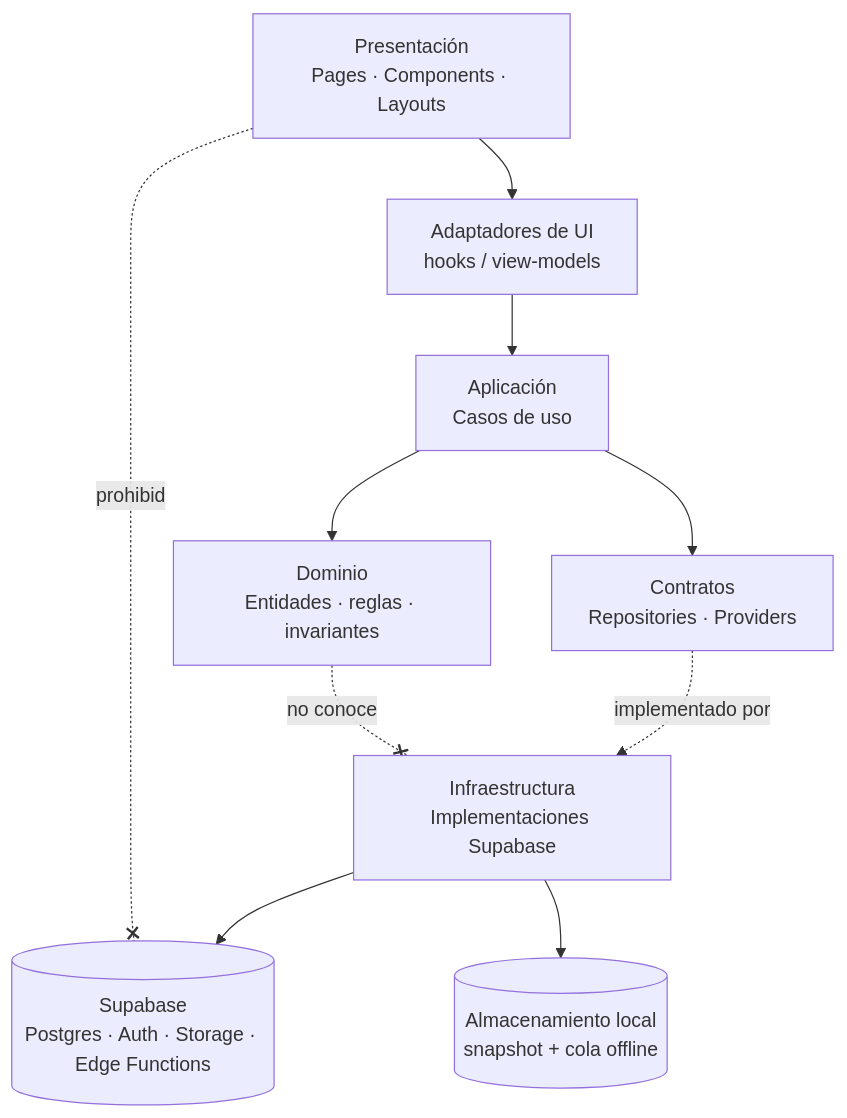
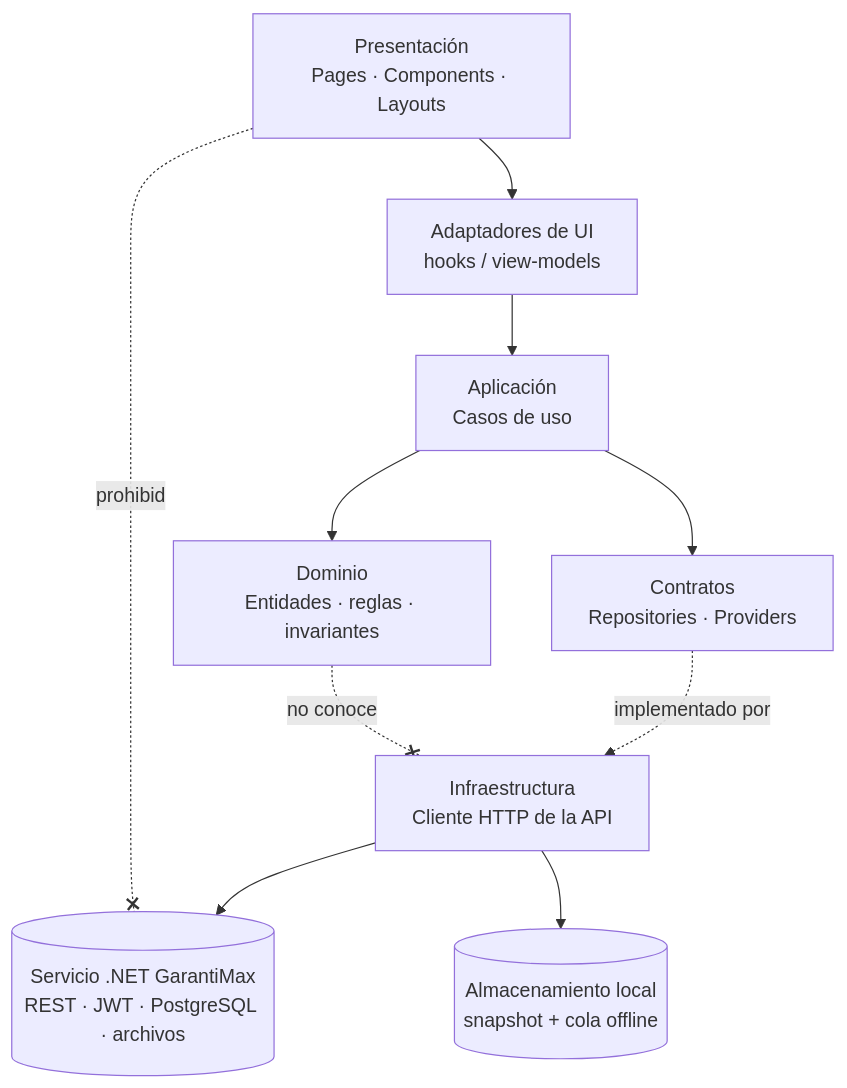
The first of 3 diagrams in GarantiMAX/PJ4487-garantimax-refactor/PRD.md (garantiplusmexico/enginecx_prd), drawn with Mermaid before and after one commit. The commit also changed other lines of this file and 5 other files, not shown here.

First line of the commit message:
chore(prd): PJ4487 GarantiMAX - ADR-011 y avance de Fase 0

````diff
--- a/GarantiMAX/PJ4487-garantimax-refactor/PRD.md
+++ b/GarantiMAX/PJ4487-garantimax-refactor/PRD.md
@@ -128,22 +139,22 @@
 ```mermaid
 flowchart TD
   UI["Presentación<br/>Pages · Components · Layouts"]
   HOOK["Adaptadores de UI<br/>hooks / view-models"]
   UC["Aplicación<br/>Casos de uso"]
   DOM["Dominio<br/>Entidades · reglas · invariantes"]
   PORT["Contratos<br/>Repositories · Providers"]
-  INFRA["Infraestructura<br/>Implementaciones Supabase"]
-  EXT[("Supabase<br/>Postgres · Auth · Storage · Edge Functions")]
+  INFRA["Infraestructura<br/>Cliente HTTP de la API"]
+  EXT[("Servicio .NET GarantiMax<br/>REST · JWT · PostgreSQL · archivos")]
   LOCAL[("Almacenamiento local<br/>snapshot + cola offline")]
 
   UI --> HOOK
   HOOK --> UC
   UC --> DOM
   UC --> PORT
   PORT -.implementado por.-> INFRA
   INFRA --> EXT
   INFRA --> LOCAL
 
   DOM -.no conoce.-x INFRA
   UI -.prohibido.-x EXT
 ```
````
